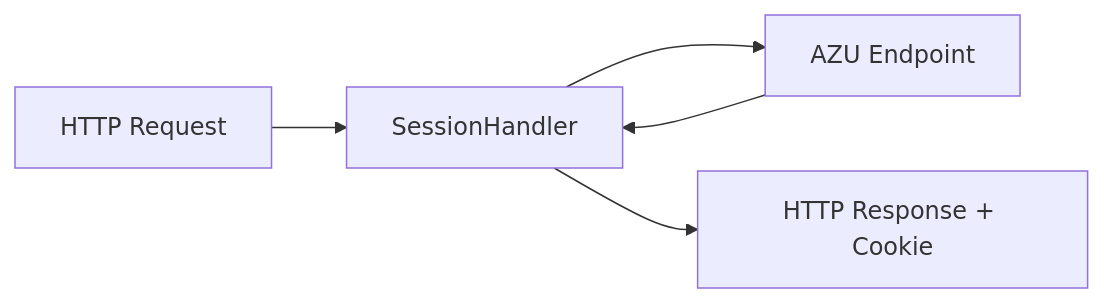
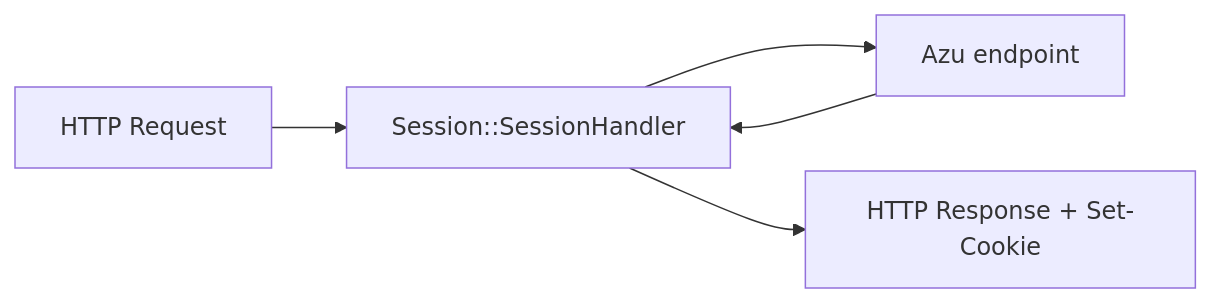
Before and after one commit to azutoolkit/session: the diagram in docs/integrations/azu-framework.md, drawn with Mermaid. The commit also changed other lines of this file and 29 other files, not shown here.

First line of the commit message:
Add an opt-in Azu integration, cookie options and a docs checker

````diff
--- a/docs/integrations/azu-framework.md
+++ b/docs/integrations/azu-framework.md
@@ -7,7 +5,7 @@
 ```mermaid
 flowchart LR
-    Request["HTTP Request"] --> Handler["SessionHandler"]
-    Handler --> Endpoint["AZU Endpoint"]
+    Request["HTTP Request"] --> Handler["Session::SessionHandler"]
+    Handler --> Endpoint["Azu endpoint"]
     Endpoint --> Handler
-    Handler --> Response["HTTP Response + Cookie"]
+    Handler --> Response["HTTP Response + Set-Cookie"]
 ```
````
